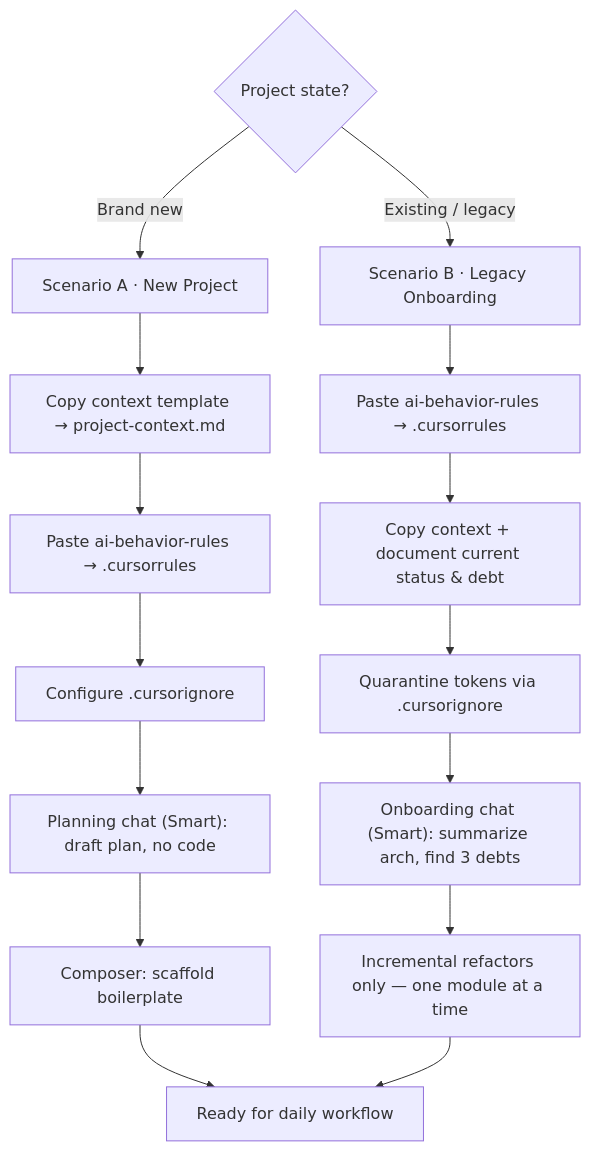
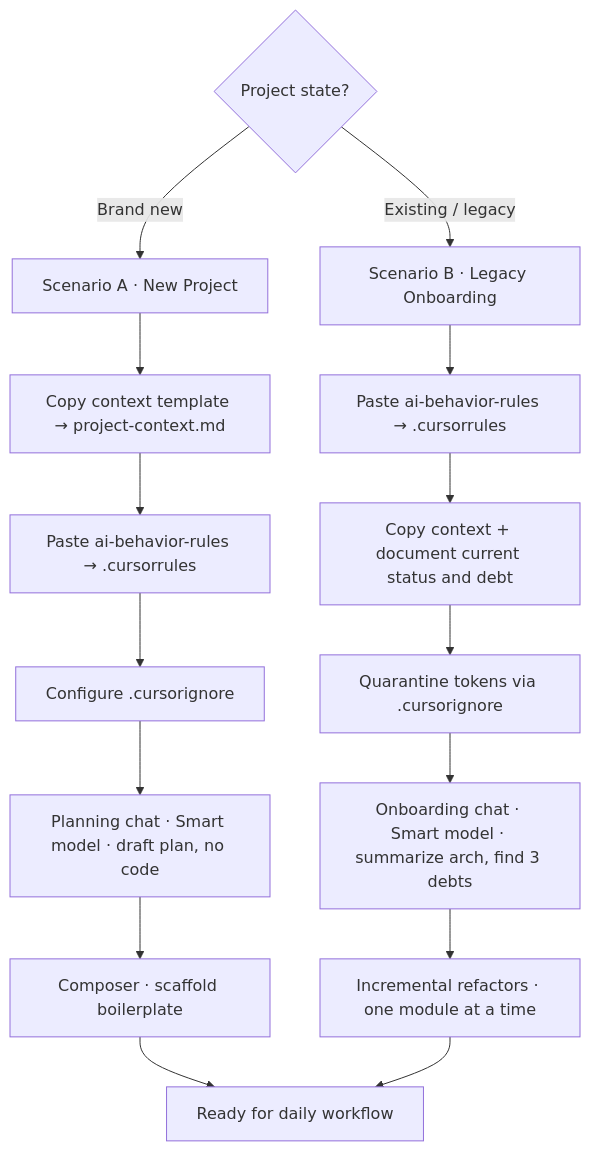
One commit to hashem-cruncher/cursor-playbook changed the third of 6 diagrams in README.md. Above: the diagram before and after it, drawn with Mermaid. The commit also changed other lines of this file, not shown here.

Commit message:
docs: refine README with enhanced formatting, improved section descriptions, and clearer project initialization flow for better usability

````diff
--- a/README.md
+++ b/README.md
@@ -128,20 +134,22 @@
 ```mermaid
 flowchart TD
-    START{Project state?} -->|Brand new| NEW[Scenario A · New Project]
-    START -->|Existing / legacy| LEG[Scenario B · Legacy Onboarding]
+    START{"Project state?"}
 
-    NEW --> N1[Copy context template → project-context.md]
-    N1 --> N2[Paste ai-behavior-rules → .cursorrules]
-    N2 --> N3[Configure .cursorignore]
-    N3 --> N4["Planning chat (Smart): draft plan, no code"]
-    N4 --> N5[Composer: scaffold boilerplate]
+    START -->|"Brand new"| NEW["Scenario A · New Project"]
+    START -->|"Existing / legacy"| LEG["Scenario B · Legacy Onboarding"]
 
-    LEG --> L1[Paste ai-behavior-rules → .cursorrules]
-    L1 --> L2[Copy context + document current status & debt]
-    L2 --> L3[Quarantine tokens via .cursorignore]
-    L3 --> L4["Onboarding chat (Smart): summarize arch, find 3 debts"]
-    L4 --> L5[Incremental refactors only — one module at a time]
+    NEW --> N1["Copy context template → project-context.md"]
+    N1 --> N2["Paste ai-behavior-rules → .cursorrules"]
+    N2 --> N3["Configure .cursorignore"]
+    N3 --> N4["Planning chat · Smart model · draft plan, no code"]
+    N4 --> N5["Composer · scaffold boilerplate"]
 
-    N5 --> DONE[Ready for daily workflow]
+    LEG --> L1["Paste ai-behavior-rules → .cursorrules"]
+    L1 --> L2["Copy context + document current status and debt"]
+    L2 --> L3["Quarantine tokens via .cursorignore"]
+    L3 --> L4["Onboarding chat · Smart model · summarize arch, find 3 debts"]
+    L4 --> L5["Incremental refactors · one module at a time"]
+
+    N5 --> DONE["Ready for daily workflow"]
     L5 --> DONE
 ```
````
